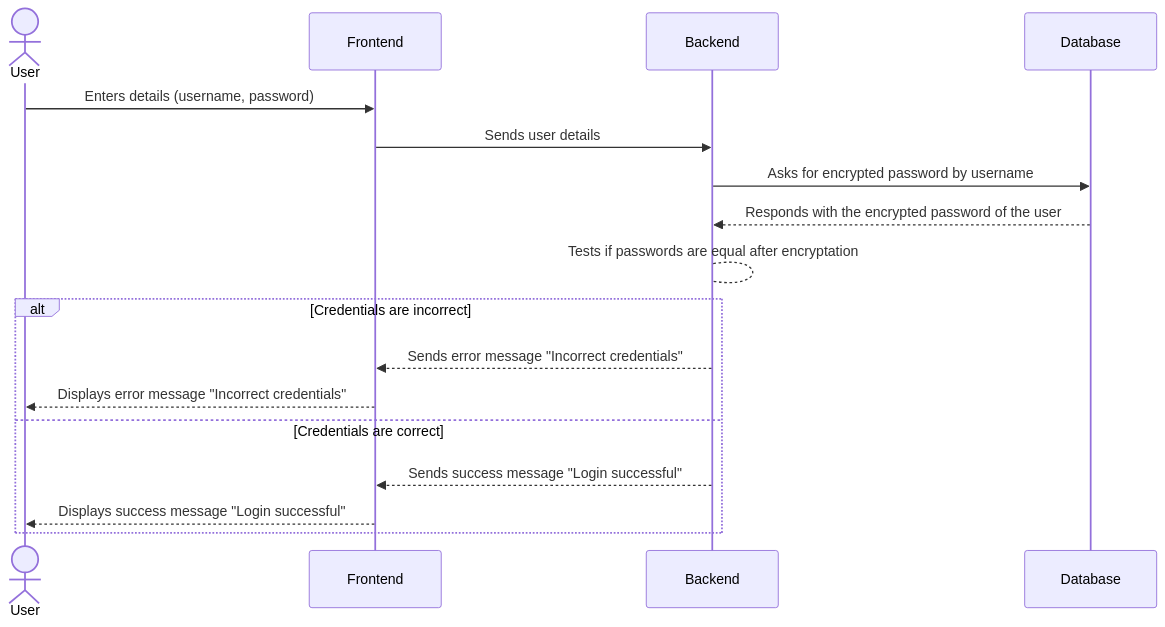
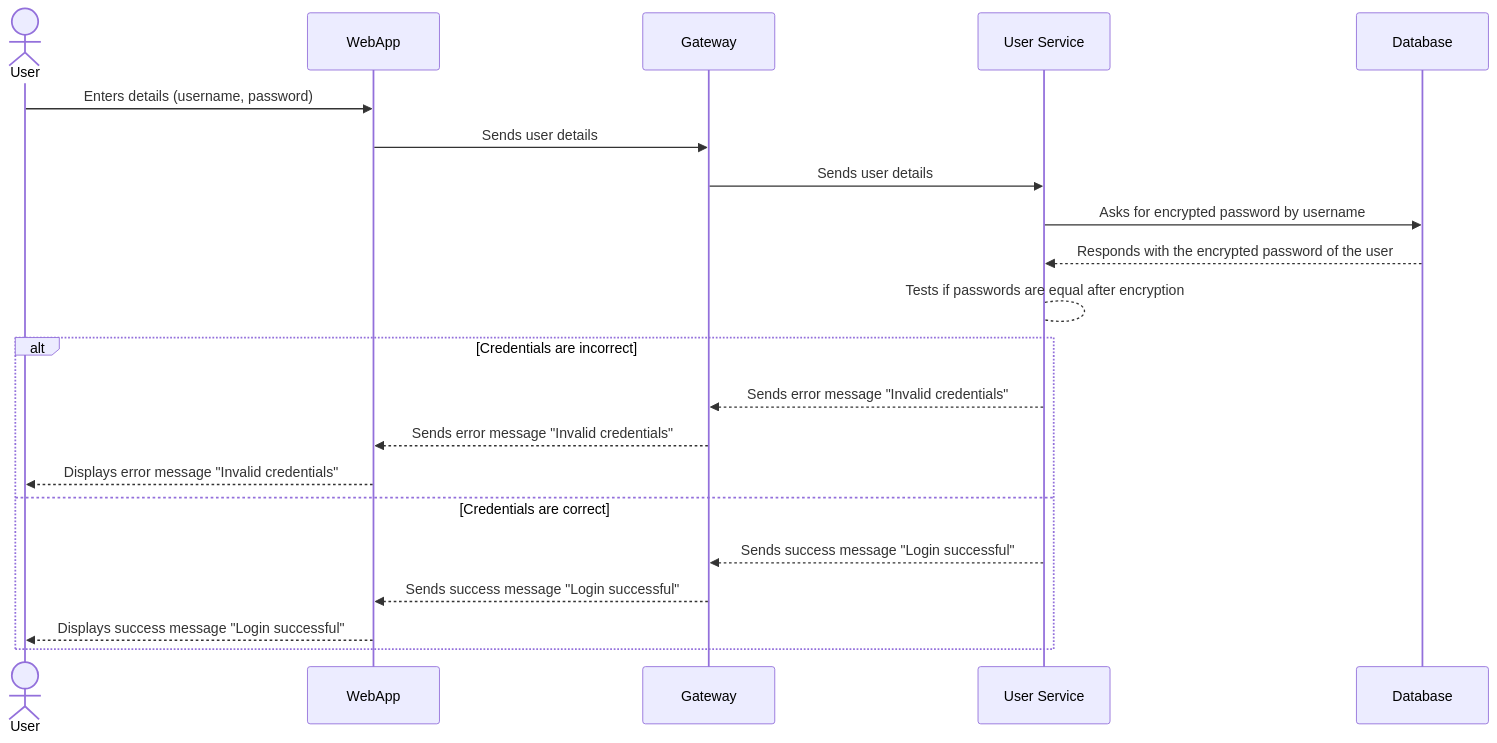
One commit to Arquisoft/wiq_en3b changed the first of 3 diagrams in docs/src/06_runtime_view.adoc. Above: the diagram before and after it, drawn with Mermaid. The commit also changed other lines of this file and 1 other file, not shown here.

Commit message:
Updated Diagrams and Descriptions

```diff
--- a/docs/src/06_runtime_view.adoc
+++ b/docs/src/06_runtime_view.adoc
@@ -46,18 +46,21 @@
 [mermaid]
 ....
 sequenceDiagram
     actor User as User
     
-    User->>Frontend: Enters details (username, password)
-    Frontend->>Backend: Sends user details
-    Backend->>Database: Asks for encrypted password by username
-    Database-->>Backend: Responds with the encrypted password of the user
-    Backend-->Backend: Tests if passwords are equal after encryptation
+    User->>WebApp: Enters details (username, password)
+    WebApp->>Gateway: Sends user details
+    Gateway->>User Service: Sends user details
+    User Service->>Database: Asks for encrypted password by username
+    Database-->>User Service: Responds with the encrypted password of the user
+    User Service-->User Service: Tests if passwords are equal after encryption
     alt Credentials are incorrect
-        Backend-->>Frontend: Sends error message "Incorrect credentials"
-        Frontend-->>User: Displays error message "Incorrect credentials"
+        User Service-->>Gateway: Sends error message "Invalid credentials"
+        Gateway-->>WebApp: Sends error message "Invalid credentials"
+        WebApp-->>User: Displays error message "Invalid  credentials"
     else Credentials are correct
-        Backend-->>Frontend: Sends success message "Login successful"
-        Frontend-->>User: Displays success message "Login successful"
+        User Service-->>Gateway: Sends success message "Login successful"
+        Gateway-->>WebApp: Sends success message "Login successful"
+        WebApp-->>User: Displays success message "Login successful"
     end
 ....
```
